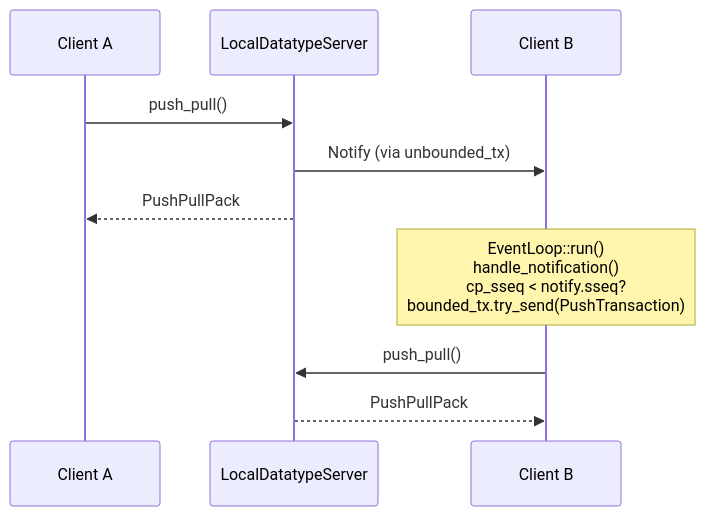
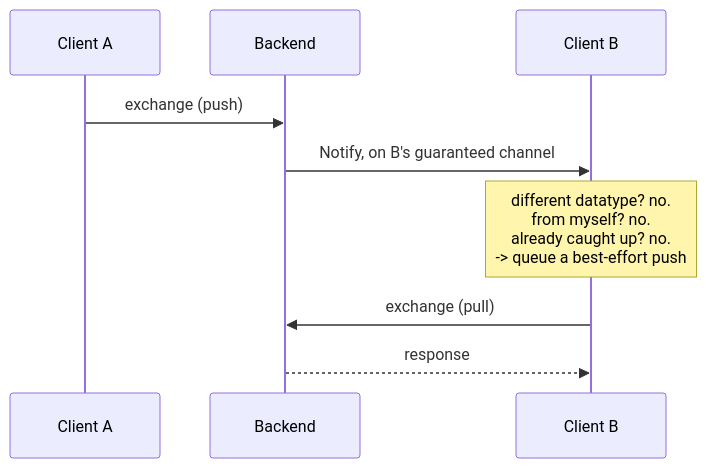
The second of 2 diagrams in docs/event-loop.md (qortoo/qortoo-rs), drawn with Mermaid before and after one commit. The commit also changed other lines of this file and 14 other files, not shown here.

````diff
--- a/docs/event-loop.md
+++ b/docs/event-loop.md
@@ -258,13 +138,12 @@
 ```mermaid
 sequenceDiagram
     participant A as Client A
-    participant S as LocalDatatypeServer
+    participant S as Backend
     participant B as Client B
 
-    A->>S: push_pull()
-    S->>B: Notify (via unbounded_tx)
-    S-->>A: PushPullPack
-    Note over B: EventLoop::run()<br/>handle_notification()<br/>cp_sseq < notify.sseq?<br/>bounded_tx.try_send(PushTransaction)
-    B->>S: push_pull()
-    S-->>B: PushPullPack
+    A->>S: exchange (push)
+    S->>B: Notify, on B's guaranteed channel
+    Note over B: different datatype? no.<br/>from myself? no.<br/>already caught up? no.<br/>-> queue a best-effort push
+    B->>S: exchange (pull)
+    S-->>B: response
 ```
````
